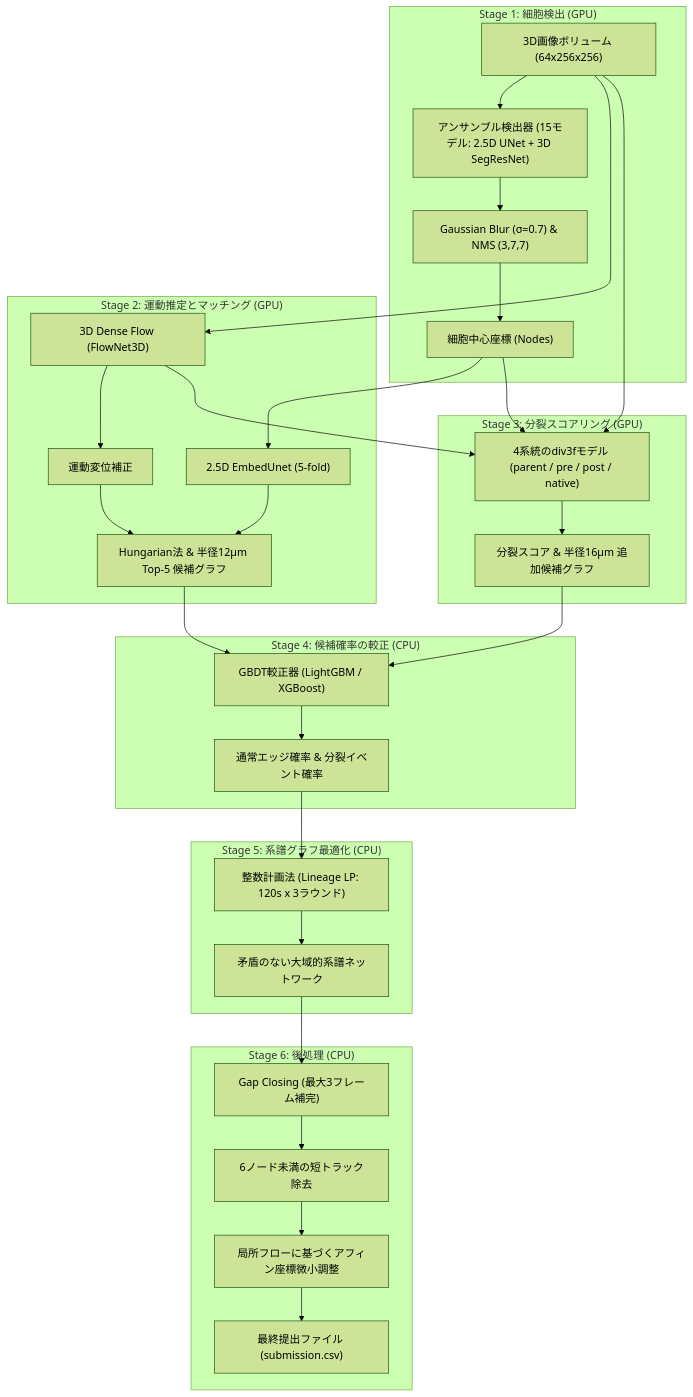
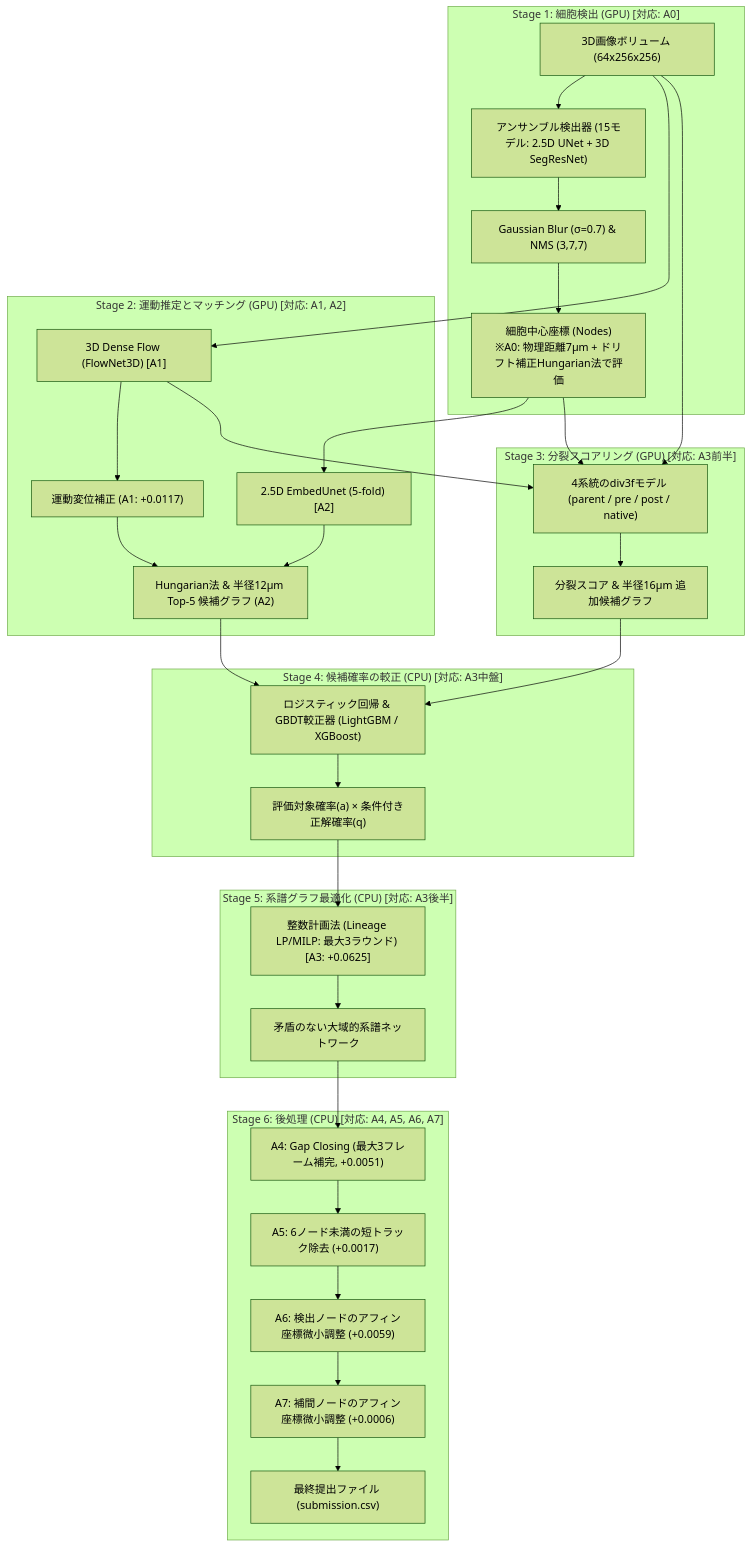
One commit to kito2718/kaggle_Biohub-Cell_Tracking_During_Development changed the first of 7 diagrams in episode/Summary&Conclusion/3rd-place-summary.md. Above: the diagram before and after it, drawn with Mermaid (forest theme). The commit also changed other lines of this file, not shown here.

````diff
--- a/episode/Summary&Conclusion/3rd-place-summary.md
+++ b/episode/Summary&Conclusion/3rd-place-summary.md
@@ -89,38 +89,39 @@
 ```mermaid
 flowchart TD
-    subgraph Stage1["Stage 1: 細胞検出 (GPU)"]
+    subgraph Stage1["Stage 1: 細胞検出 (GPU) [対応: A0]"]
         Raw["3D画像ボリューム (64x256x256)"] --> Det["アンサンブル検出器 (15モデル: 2.5D UNet + 3D SegResNet)"]
         Det --> Blur["Gaussian Blur (σ=0.7) & NMS (3,7,7)"]
-        Blur --> Peaks["細胞中心座標 (Nodes)"]
+        Blur --> Peaks["細胞中心座標 (Nodes)<br/>※A0: 物理距離7µm + ドリフト補正Hungarian法で評価"]
     end
 
-    subgraph Stage2["Stage 2: 運動推定とマッチング (GPU)"]
-        Raw --> Flow["3D Dense Flow (FlowNet3D)"]
-        Peaks --> Matcher["2.5D EmbedUnet (5-fold)"]
-        Flow --> Warp["運動変位補正"]
-        Matcher --> LinkCand["Hungarian法 & 半径12µm Top-5 候補グラフ"]
+    subgraph Stage2["Stage 2: 運動推定とマッチング (GPU) [対応: A1, A2]"]
+        Raw --> Flow["3D Dense Flow (FlowNet3D) [A1]"]
+        Peaks --> Matcher["2.5D EmbedUnet (5-fold) [A2]"]
+        Flow --> Warp["運動変位補正 (A1: +0.0117)"]
+        Matcher --> LinkCand["Hungarian法 & 半径12µm Top-5 候補グラフ (A2)"]
         Warp --> LinkCand
     end
 
-    subgraph Stage3["Stage 3: 分裂スコアリング (GPU)"]
+    subgraph Stage3["Stage 3: 分裂スコアリング (GPU) [対応: A3前半]"]
         Raw & Flow & Peaks --> Div["4系統のdiv3fモデル (parent / pre / post / native)"]
         Div --> DivScore["分裂スコア & 半径16µm 追加候補グラフ"]
     end
 
-    subgraph Stage4["Stage 4: 候補確率の較正 (CPU)"]
-        LinkCand & DivScore --> Calib["GBDT較正器 (LightGBM / XGBoost)"]
-        Calib --> Prob["通常エッジ確率 & 分裂イベント確率"]
+    subgraph Stage4["Stage 4: 候補確率の較正 (CPU) [対応: A3中盤]"]
+        LinkCand & DivScore --> Calib["ロジスティック回帰 & GBDT較正器 (LightGBM / XGBoost)"]
+        Calib --> Prob["評価対象確率(a) × 条件付き正解確率(q)"]
     end
 
-    subgraph Stage5["Stage 5: 系譜グラフ最適化 (CPU)"]
-        Prob --> LP["整数計画法 (Lineage LP: 120s x 3ラウンド)"]
+    subgraph Stage5["Stage 5: 系譜グラフ最適化 (CPU) [対応: A3後半]"]
+        Prob --> LP["整数計画法 (Lineage LP/MILP: 最大3ラウンド) [A3: +0.0625]"]
         LP --> OptGraph["矛盾のない大域的系譜ネットワーク"]
     end
 
-    subgraph Stage6["Stage 6: 後処理 (CPU)"]
-        OptGraph --> Gap["Gap Closing (最大3フレーム補完)"]
-        Gap --> Filter["6ノード未満の短トラック除去"]
-        Filter --> Affine["局所フローに基づくアフィン座標微小調整"]
-        Affine --> FinalCSV["最終提出ファイル (submission.csv)"]
+    subgraph Stage6["Stage 6: 後処理 (CPU) [対応: A4, A5, A6, A7]"]
+        OptGraph --> Gap["A4: Gap Closing (最大3フレーム補完, +0.0051)"]
+        Gap --> Filter["A5: 6ノード未満の短トラック除去 (+0.0017)"]
+        Filter --> AffineDet["A6: 検出ノードのアフィン座標微小調整 (+0.0059)"]
+        AffineDet --> AffineGap["A7: 補間ノードのアフィン座標微小調整 (+0.0006)"]
+        AffineGap --> FinalCSV["最終提出ファイル (submission.csv)"]
     end
 ```
````
